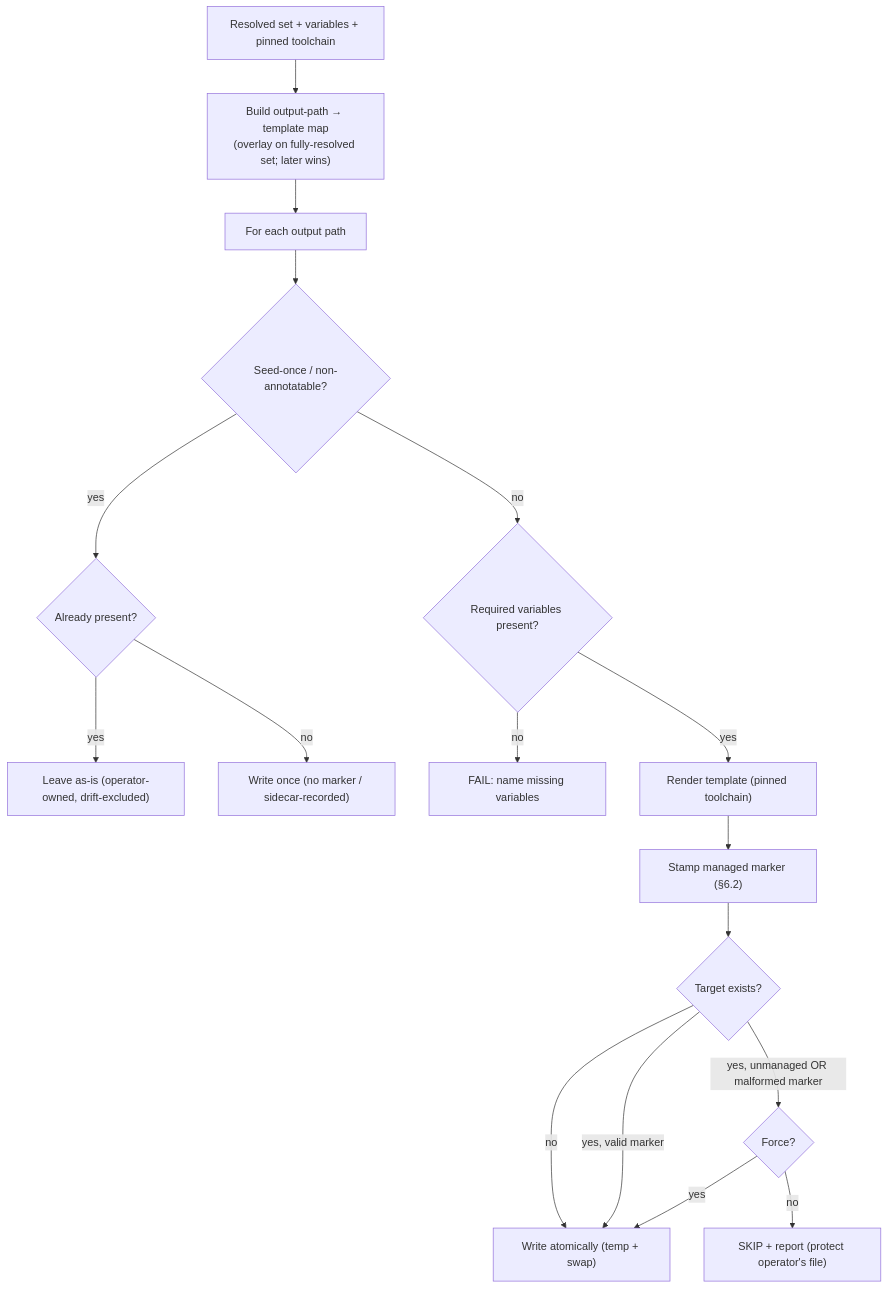
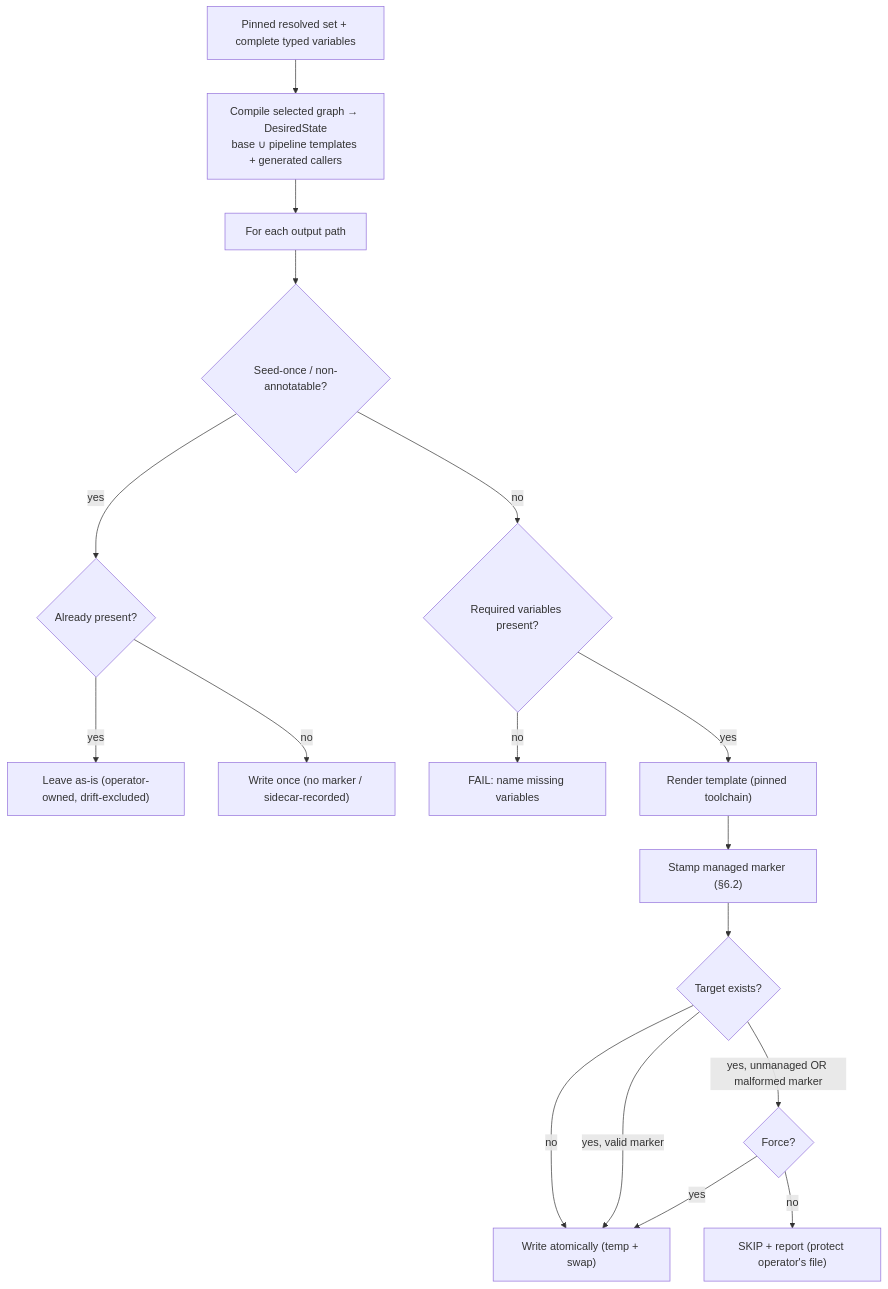
The diagram in docs/specifications/modules/scaffolding/sync.md (amattas/aviato), drawn with Mermaid before and after one commit. The commit also changed other lines of this file and 29 other files, not shown here.

Commit message:
feat(core): compile pipeline-owned workflow graphs

````diff
--- a/docs/specifications/modules/scaffolding/sync.md
+++ b/docs/specifications/modules/scaffolding/sync.md
@@ -28,19 +34,19 @@
 ```mermaid
 flowchart TD
-    A["Resolved set + variables + pinned toolchain"] --> B["Build output-path → template map<br/>(overlay on fully-resolved set; later wins)"]
+    A["Pinned resolved set + complete typed variables"] --> B["Compile selected graph → DesiredState<br/>base ∪ pipeline templates + generated callers"]
     B --> C["For each output path"]
     C --> S0{"Seed-once / non-annotatable?"}
     S0 -- yes --> S1{"Already present?"}
     S1 -- yes --> Skip2["Leave as-is (operator-owned, drift-excluded)"]
     S1 -- no --> Seed["Write once (no marker / sidecar-recorded)"]
     S0 -- no --> D{"Required variables present?"}
     D -- no --> Dfail["FAIL: name missing variables"]
     D -- yes --> E["Render template (pinned toolchain)"]
     E --> F["Stamp managed marker (§6.2)"]
     F --> G{"Target exists?"}
     G -- "no" --> W["Write atomically (temp + swap)"]
     G -- "yes, valid marker" --> W
     G -- "yes, unmanaged OR malformed marker" --> Sforce{"Force?"}
     Sforce -- no --> Skip["SKIP + report (protect operator's file)"]
     Sforce -- yes --> W
 ```
````
